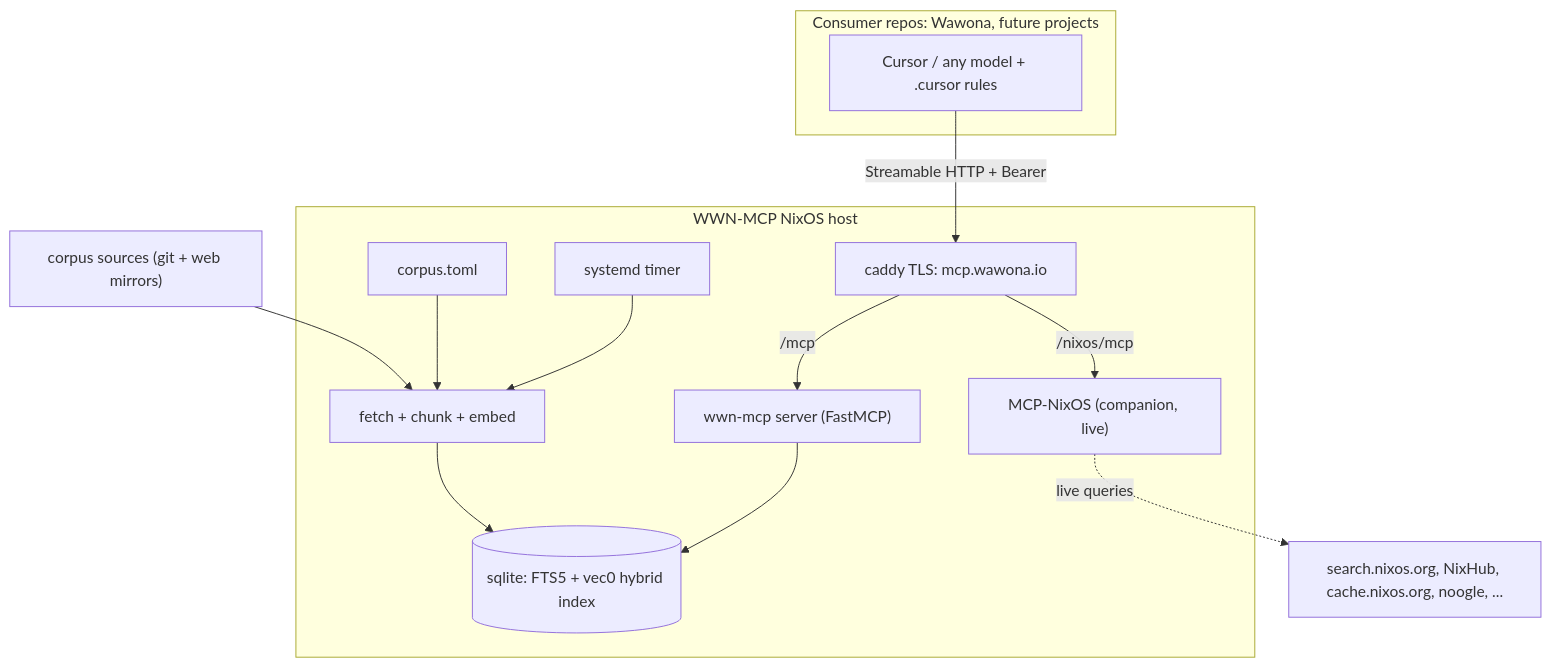
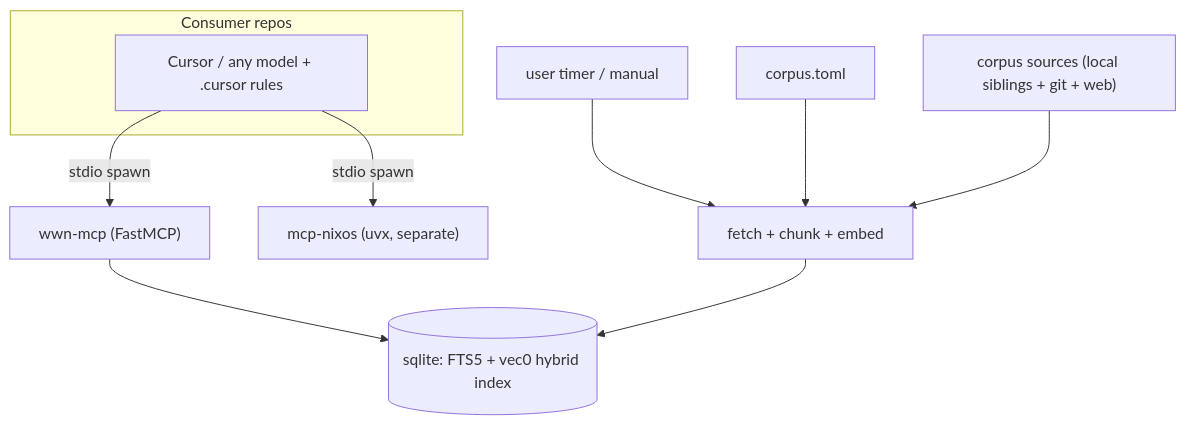
One commit to Wawona/wwn-mcp changed the diagram in docs/overview.md. Above: the diagram before and after it, drawn with Mermaid. The commit also changed other lines of this file and 30 other files, not shown here.

First line of the commit message:
Make wwn-mcp stdio-only like mcp-nixos and refresh the RAG

````diff
--- a/docs/overview.md
+++ b/docs/overview.md
@@ -54,17 +32,13 @@
 ```mermaid
 flowchart TD
-  subgraph consumers [Consumer repos: Wawona, future projects]
+  subgraph consumers [Consumer repos]
     Cursor["Cursor / any model + .cursor rules"]
   end
-  Cursor -->|"Streamable HTTP + Bearer"| Proxy["caddy TLS: mcp.wawona.io"]
-  subgraph host [WWN-MCP NixOS host]
-    Proxy -->|"/mcp"| Server["wwn-mcp server (FastMCP)"]
-    Proxy -->|"/nixos/mcp"| NixOS["MCP-NixOS (companion, live)"]
-    Server --> DB[("sqlite: FTS5 + vec0 hybrid index")]
-    Timer["systemd timer"] --> Ingest["fetch + chunk + embed"]
-    Ingest --> DB
-    Manifest["corpus.toml"] --> Ingest
-  end
-  Sources["corpus sources (git + web mirrors)"] --> Ingest
-  NixOS -.->|"live queries"| NixData["search.nixos.org, NixHub, cache.nixos.org, noogle, ..."]
+  Cursor -->|"stdio spawn"| Server["wwn-mcp (FastMCP)"]
+  Server --> DB[("sqlite: FTS5 + vec0 hybrid index")]
+  Timer["user timer / manual"] --> Ingest["fetch + chunk + embed"]
+  Ingest --> DB
+  Manifest["corpus.toml"] --> Ingest
+  Sources["corpus sources (local siblings + git + web)"] --> Ingest
+  Cursor -->|"stdio spawn"| NixOS["mcp-nixos (uvx, separate)"]
 ```
````
